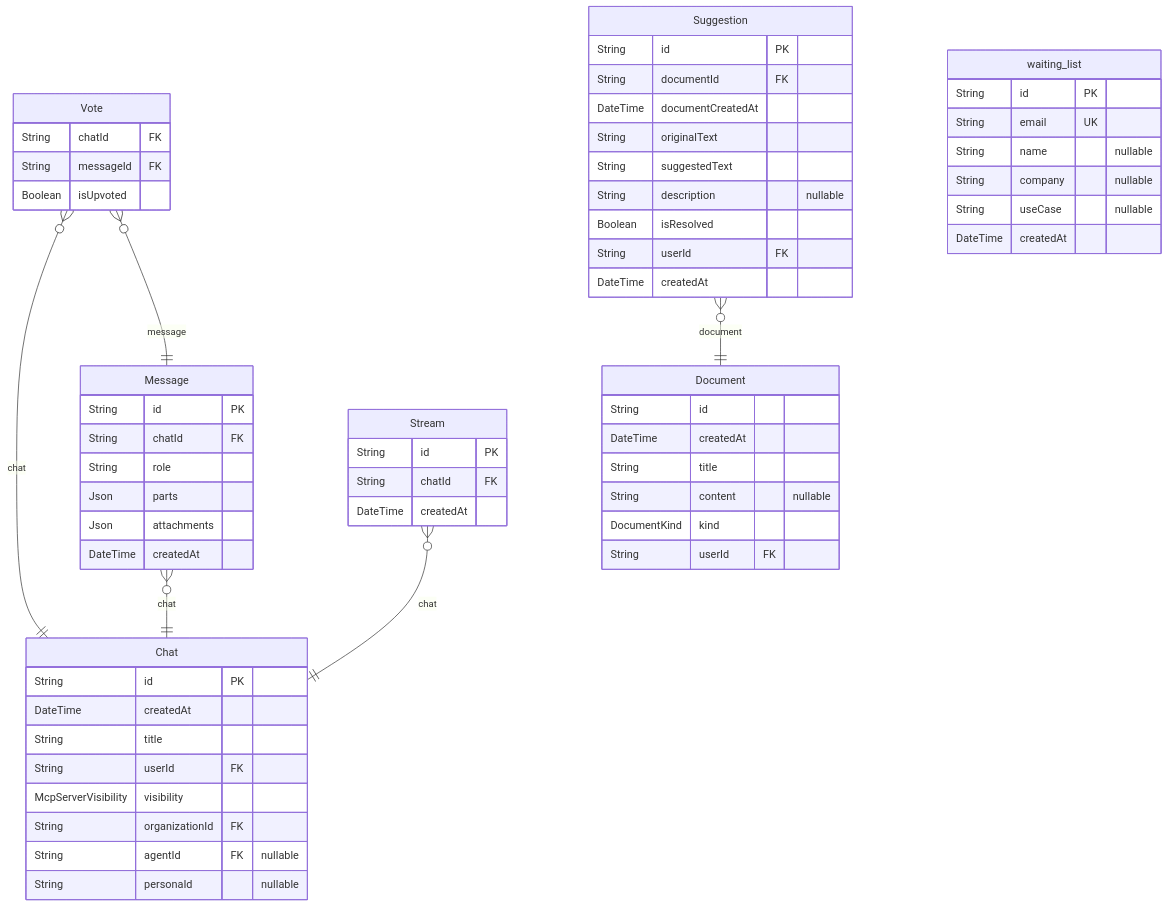
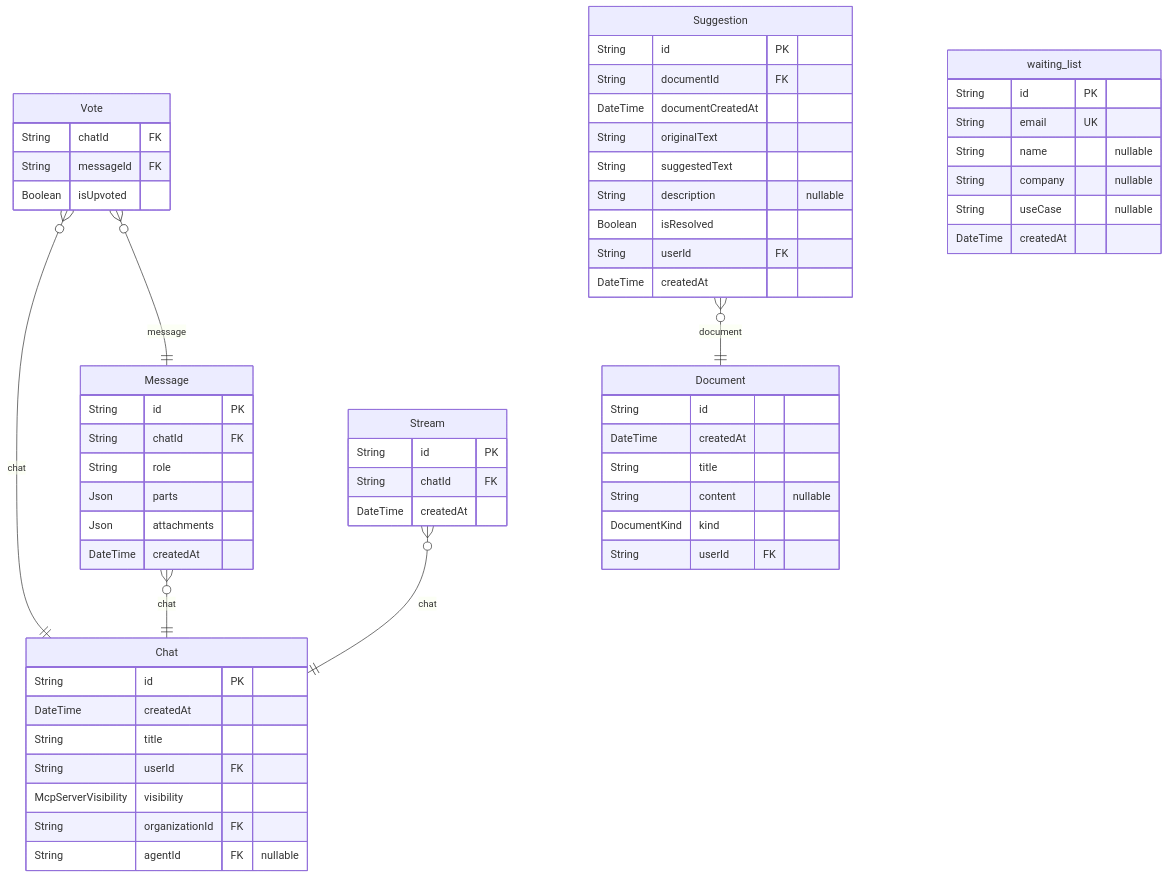
The tenth of 10 diagrams in packages/db/prisma/README.md (rayven122/tumiki), drawn with Mermaid before and after one commit. The commit also changed other lines of this file and 14 other files, not shown here.

````diff
--- a/packages/db/prisma/README.md
+++ b/packages/db/prisma/README.md
@@ -985,63 +985,62 @@
 ```mermaid
 erDiagram
 "Chat" {
   String id PK
   DateTime createdAt
   String title
   String userId FK
   McpServerVisibility visibility
   String organizationId FK
   String agentId FK "nullable"
-  String personaId "nullable"
 }
 "Message" {
   String id PK
   String chatId FK
   String role
   Json parts
   Json attachments
   DateTime createdAt
 }
 "Vote" {
   String chatId FK
   String messageId FK
   Boolean isUpvoted
 }
 "Document" {
   String id
   DateTime createdAt
   String title
   String content "nullable"
   DocumentKind kind
   String userId FK
 }
 "Suggestion" {
   String id PK
   String documentId FK
   DateTime documentCreatedAt
   String originalText
   String suggestedText
   String description "nullable"
   Boolean isResolved
   String userId FK
   DateTime createdAt
 }
 "Stream" {
   String id PK
   String chatId FK
   DateTime createdAt
 }
 "waiting_list" {
   String id PK
   String email UK
   String name "nullable"
   String company "nullable"
   String useCase "nullable"
   DateTime createdAt
 }
 "Message" }o--|| "Chat" : chat
 "Vote" }o--|| "Chat" : chat
 "Vote" }o--|| "Message" : message
 "Suggestion" }o--|| "Document" : document
 "Stream" }o--|| "Chat" : chat
 ```
````
